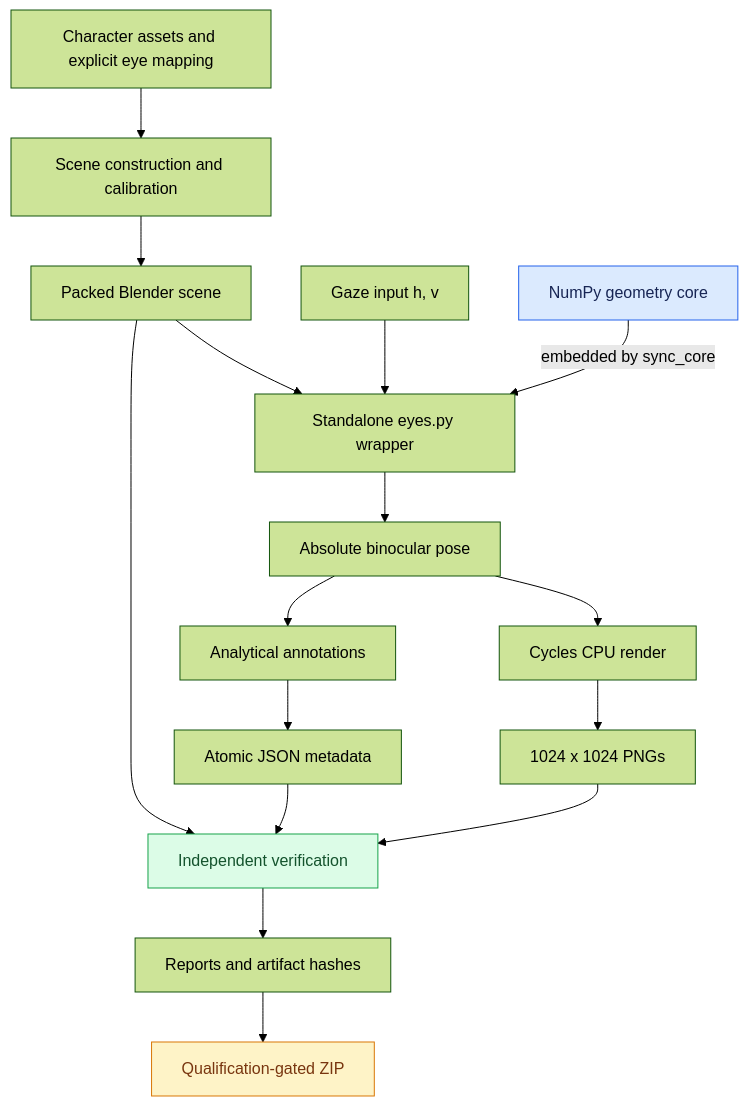
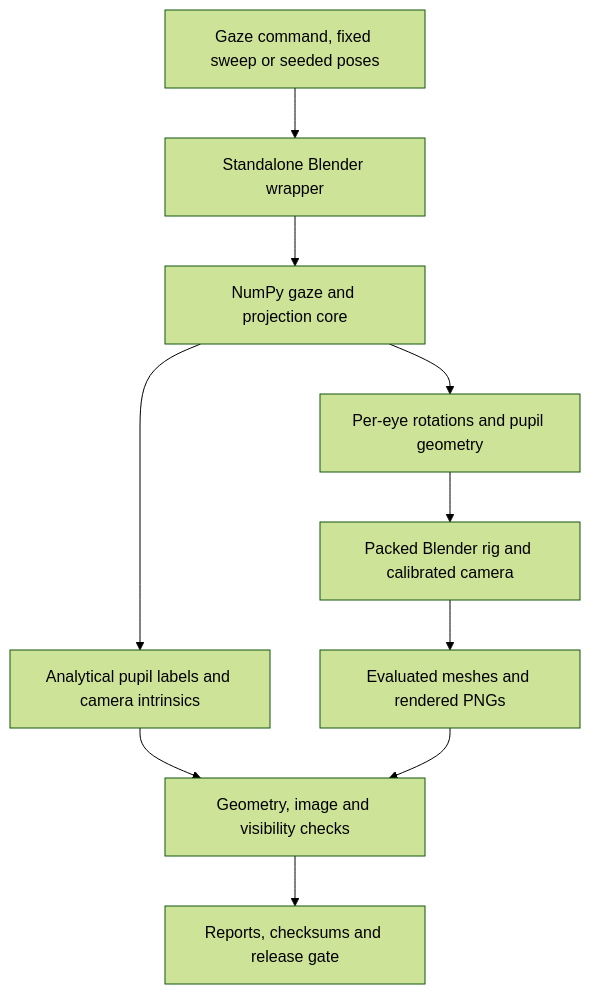
Before and after one commit to Eldo-John-Giby/Apollo: the first of 2 diagrams in README.md, drawn with Mermaid (forest theme). The commit also changed other lines of this file and 107 other files, not shown here.

````diff
--- a/README.md
+++ b/README.md
@@ -82,21 +33,12 @@
 ```mermaid
-flowchart TB
-    A[Character assets and explicit eye mapping] --> B[Scene construction and calibration]
-    B --> C[Packed Blender scene]
-    H[Gaze input h, v] --> D[Standalone eyes.py wrapper]
-    C --> D
-    E[NumPy geometry core] -->|embedded by sync_core| D
-    D --> F[Absolute binocular pose]
-    F --> G[Cycles CPU render]
-    F --> I[Analytical annotations]
-    G --> J[1024 x 1024 PNGs]
-    I --> K[Atomic JSON metadata]
-    J --> V[Independent verification]
-    K --> V
-    C --> V
-    V --> R[Reports and artifact hashes]
-    R --> P[Qualification-gated ZIP]
-    style E fill:#dbeafe,stroke:#2563eb,color:#172554
-    style V fill:#dcfce7,stroke:#16a34a,color:#14532d
-    style P fill:#fef3c7,stroke:#d97706,color:#78350f
+flowchart TD
+    A["Gaze command, fixed sweep or seeded poses"] --> B["Standalone Blender wrapper"]
+    B --> C["NumPy gaze and projection core"]
+    C --> D["Per-eye rotations and pupil geometry"]
+    D --> E["Packed Blender rig and calibrated camera"]
+    C --> F["Analytical pupil labels and camera intrinsics"]
+    E --> G["Evaluated meshes and rendered PNGs"]
+    F --> H["Geometry, image and visibility checks"]
+    G --> H
+    H --> I["Reports, checksums and release gate"]
 ```
````
